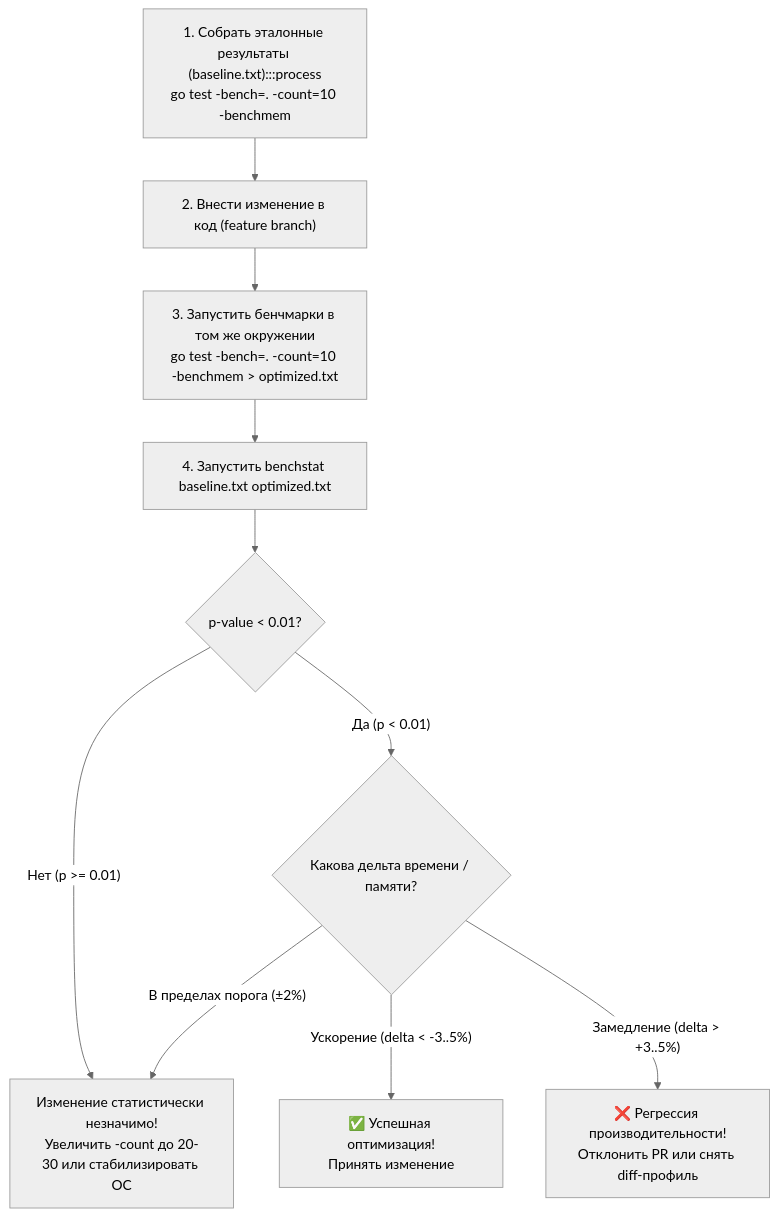
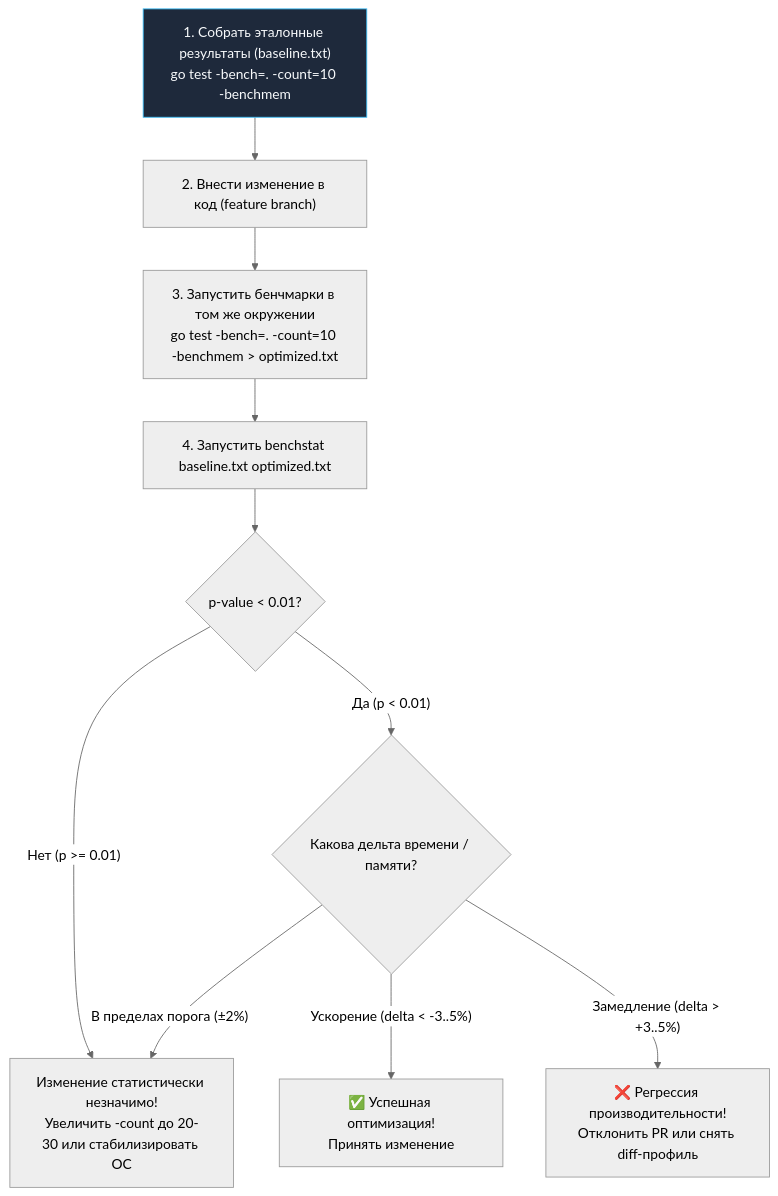
The third of 5 diagrams in sources/16. Профилирование, отладка и производительность/02. Benchmarking/8. Сравнение версий кода.md (UnrealTemplier/go-textbook-ru), drawn with Mermaid (neutral theme) before and after one commit. The commit also changed 40 other files, not shown here.

First line of the commit message:
fix(mermaid): move :::class out of 48 quoted node labels

````diff
--- a/sources/16. Профилирование, отладка и производительность/02. Benchmarking/8. Сравнение версий кода.md
+++ b/sources/16. Профилирование, отладка и производительность/02. Benchmarking/8. Сравнение версий кода.md
@@ -154,22 +154,22 @@
 ```mermaid
 flowchart TD
     classDef process  fill:#1e293b,stroke:#38bdf8,stroke-width:1px,color:#f8fafc
     classDef success  fill:#064e3b,stroke:#34d399,stroke-width:1px,color:#f8fafc
     classDef error    fill:#7f1d1d,stroke:#f87171,stroke-width:1px,color:#f8fafc
     classDef warning  fill:#78350f,stroke:#fbbf24,stroke-width:1px,color:#f8fafc
     classDef entry    fill:#1e3a5f,stroke:#38bdf8,stroke-width:2px,color:#f8fafc
     classDef aux      fill:#334155,stroke:#64748b,stroke-width:1px,color:#f8fafc
     classDef system   fill:#312e81,stroke:#a78bfa,stroke-width:1px,color:#f8fafc
     classDef data     fill:#132d29,stroke:#2dd4bf,stroke-width:1px,color:#f8fafc
     classDef network  fill:#881337,stroke:#fb7185,stroke-width:1px,color:#f8fafc
     classDef accent   fill:#1e1b4b,stroke:#818cf8,stroke-width:1px,color:#f8fafc
-    A["1. Собрать эталонные результаты (baseline.txt):::process<br>go test -bench=. -count=10 -benchmem"] --> B["2. Внести изменение в код (feature branch)"]
+    A["1. Собрать эталонные результаты (baseline.txt)<br>go test -bench=. -count=10 -benchmem"]:::process --> B["2. Внести изменение в код (feature branch)"]
     B --> C["3. Запустить бенчмарки в том же окружении<br>go test -bench=. -count=10 -benchmem > optimized.txt"]
     C --> D["4. Запустить benchstat baseline.txt optimized.txt"]
     D --> E{"p-value < 0.01?"}
     E -- "Нет (p >= 0.01)" --> F["Изменение статистически незначимо!<br>Увеличить -count до 20-30 или стабилизировать ОС"]
     E -- "Да (p < 0.01)" --> G{"Какова дельта времени / памяти?"}
     G -- "Ускорение (delta < -3..5%)" --> H["✅ Успешная оптимизация!<br>Принять изменение"]
     G -- "Замедление (delta > +3..5%)" --> I["❌ Регрессия производительности!<br>Отклонить PR или снять diff-профиль"]
     G -- "В пределах порога (±2%)" --> F
 ```
````
